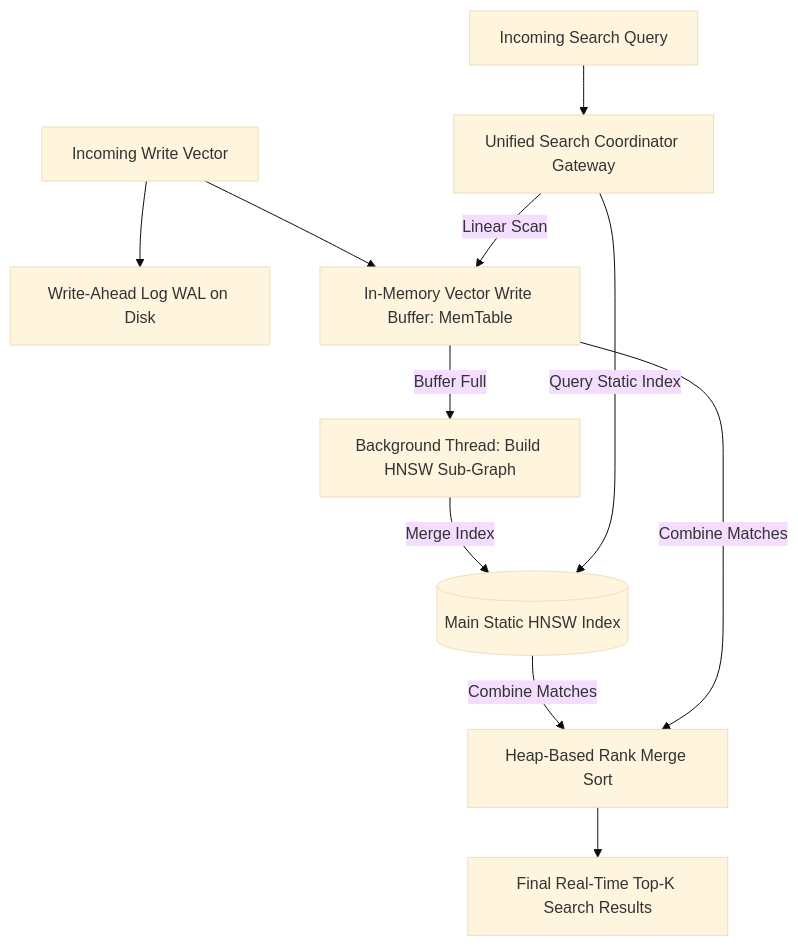
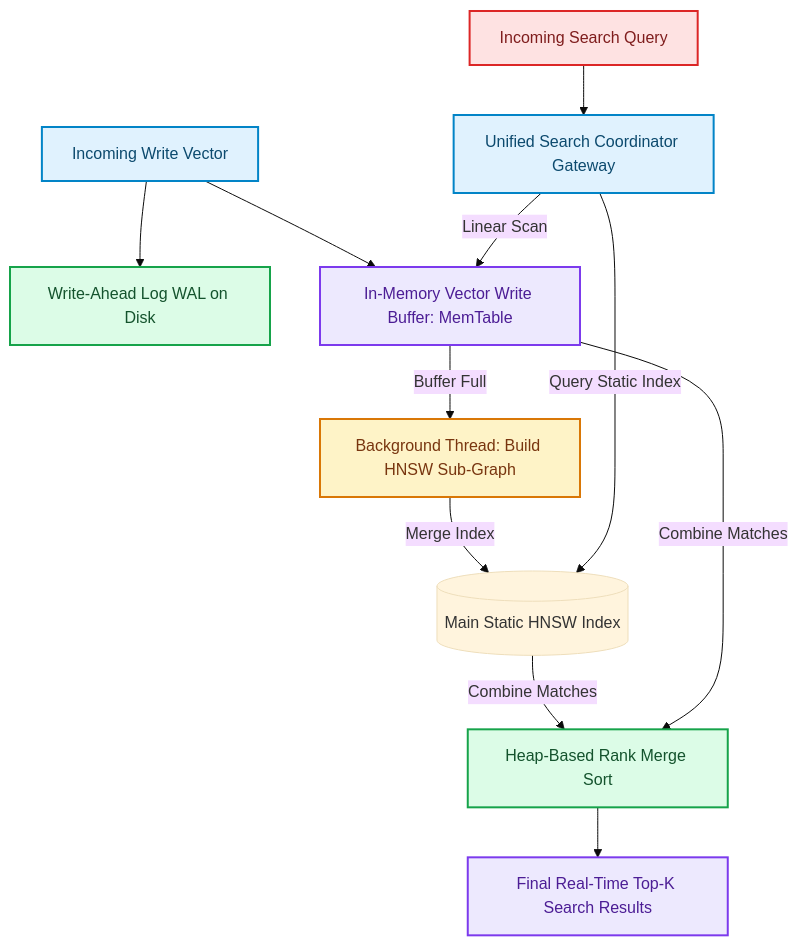
Before and after one commit to akmalkhaniub/akmalkhaniub.github.io: the diagram in blog/posts/real-time-dynamic-indexing-high-frequency-vector-ingestion.md, drawn with Mermaid (base theme). The commit also changed other lines of this file and 1291 other files, not shown here.

First line of the commit message:
feat(catalog): unique covers, scholarly references, and diagram palettes

````diff
--- a/blog/posts/real-time-dynamic-indexing-high-frequency-vector-ingestion.md
+++ b/blog/posts/real-time-dynamic-indexing-high-frequency-vector-ingestion.md
@@ -17,17 +17,28 @@
 ```mermaid
 flowchart TD
-  A[Incoming Write Vector] --> B[Write-Ahead Log WAL on Disk]
-  A --> C[In-Memory Vector Write Buffer: MemTable]
+  A["Incoming Write Vector"] --> B["Write-Ahead Log WAL on Disk"]
+  A --> C["In-Memory Vector Write Buffer: MemTable"]
   
-  C -->|Buffer Full| D[Background Thread: Build HNSW Sub-Graph]
+  C -->|Buffer Full| D["Background Thread: Build HNSW Sub-Graph"]
   D -->|Merge Index| E[(Main Static HNSW Index)]
   
-  F[Incoming Search Query] --> G[Unified Search Coordinator Gateway]
+  F["Incoming Search Query"] --> G["Unified Search Coordinator Gateway"]
   G -->|Query Static Index| E
   G -->|Linear Scan| C
   
-  E -->|Combine Matches| H[Heap-Based Rank Merge Sort]
+  E -->|Combine Matches| H["Heap-Based Rank Merge Sort"]
   C -->|Combine Matches| H
   
-  H --> I[Final Real-Time Top-K Search Results]
+  H --> I["Final Real-Time Top-K Search Results"]
+
+classDef green fill:#dcfce7,stroke:#16a34a,stroke-width:2px,color:#14532d;
+classDef red fill:#fee2e2,stroke:#dc2626,stroke-width:2px,color:#7f1d1d;
+classDef blue fill:#e0f2fe,stroke:#0284c7,stroke-width:2px,color:#0c4a6e;
+classDef yellow fill:#fef3c7,stroke:#d97706,stroke-width:2px,color:#78350f;
+classDef purple fill:#ede9fe,stroke:#7c3aed,stroke-width:2px,color:#4c1d95;
+class A,G blue
+class B,H green
+class C,I purple
+class D yellow
+class F red
 ```
````
